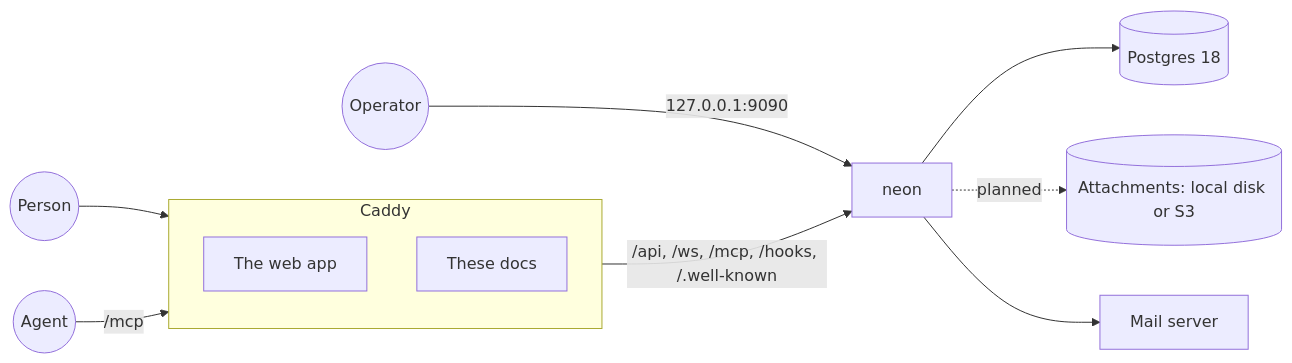
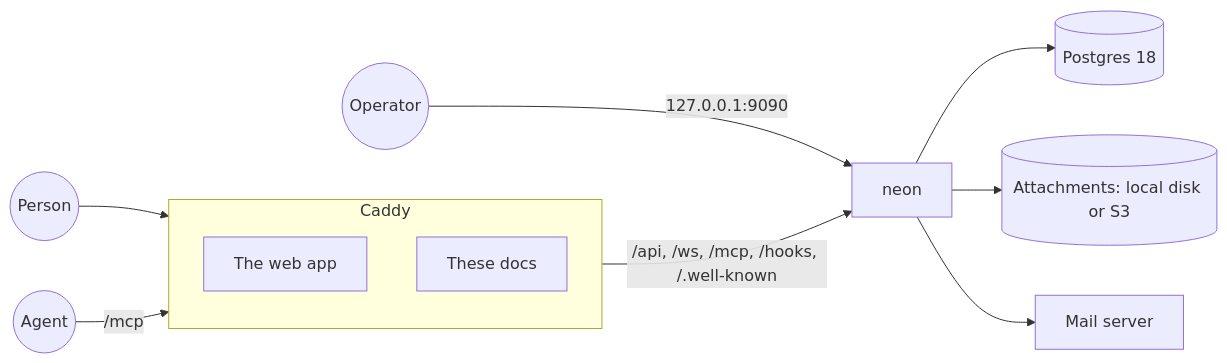
One commit to lein3000zzz/neon-teamspace changed the first of 3 diagrams in docs/src/content/docs/architecture/overview.md. Above: the diagram before and after it, drawn with Mermaid. The commit also changed other lines of this file and 23 other files, not shown here.

````diff
--- a/docs/src/content/docs/architecture/overview.md
+++ b/docs/src/content/docs/architecture/overview.md
@@ -13,14 +13,14 @@
 ```mermaid
 flowchart LR
   person((Person)) --> caddy
   agent((Agent)) -- "/mcp" --> caddy
   subgraph caddy [Caddy]
     app[The web app]
     docs[These docs]
   end
   caddy -- "/api, /ws, /mcp, /hooks, /.well-known" --> server[neon]
   server --> pg[(Postgres 18)]
-  server -. "planned" .-> files[(Attachments: local disk or S3)]
+  server --> files[(Attachments: local disk or S3)]
   server --> mail[Mail server]
   ops((Operator)) -- "127.0.0.1:9090" --> server
 ```
````
